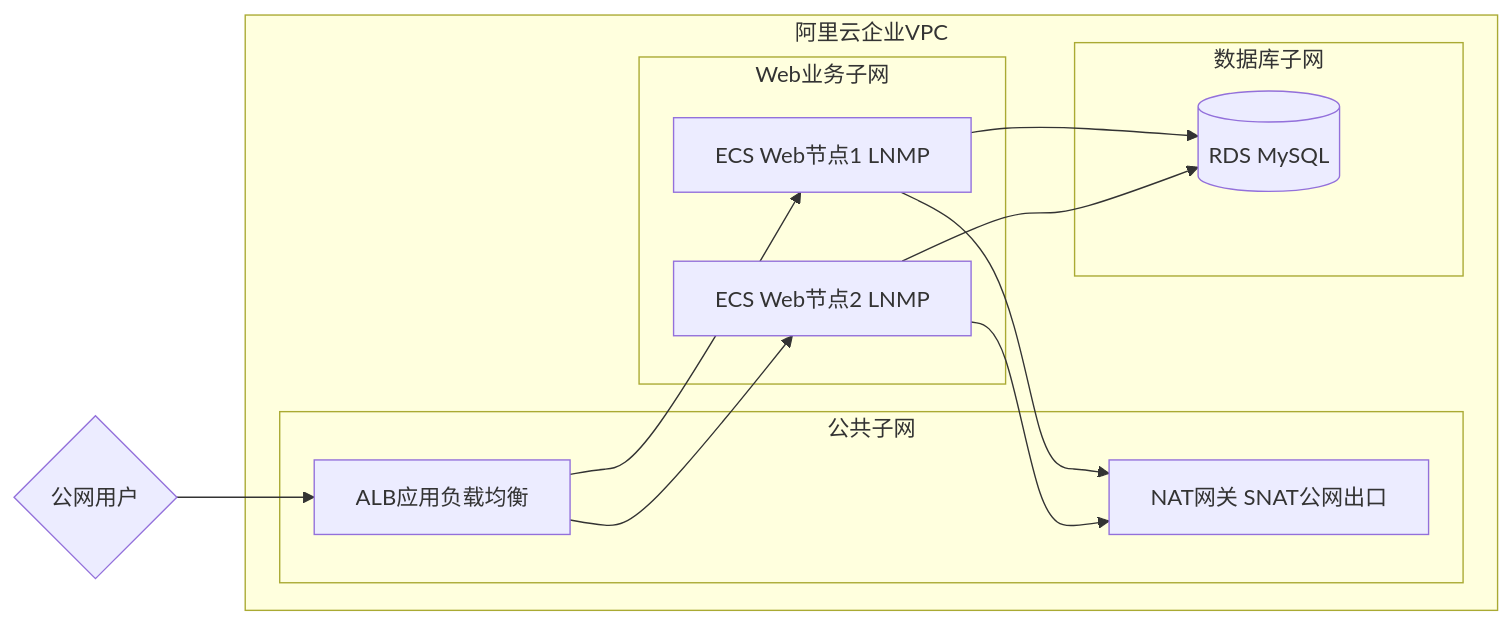
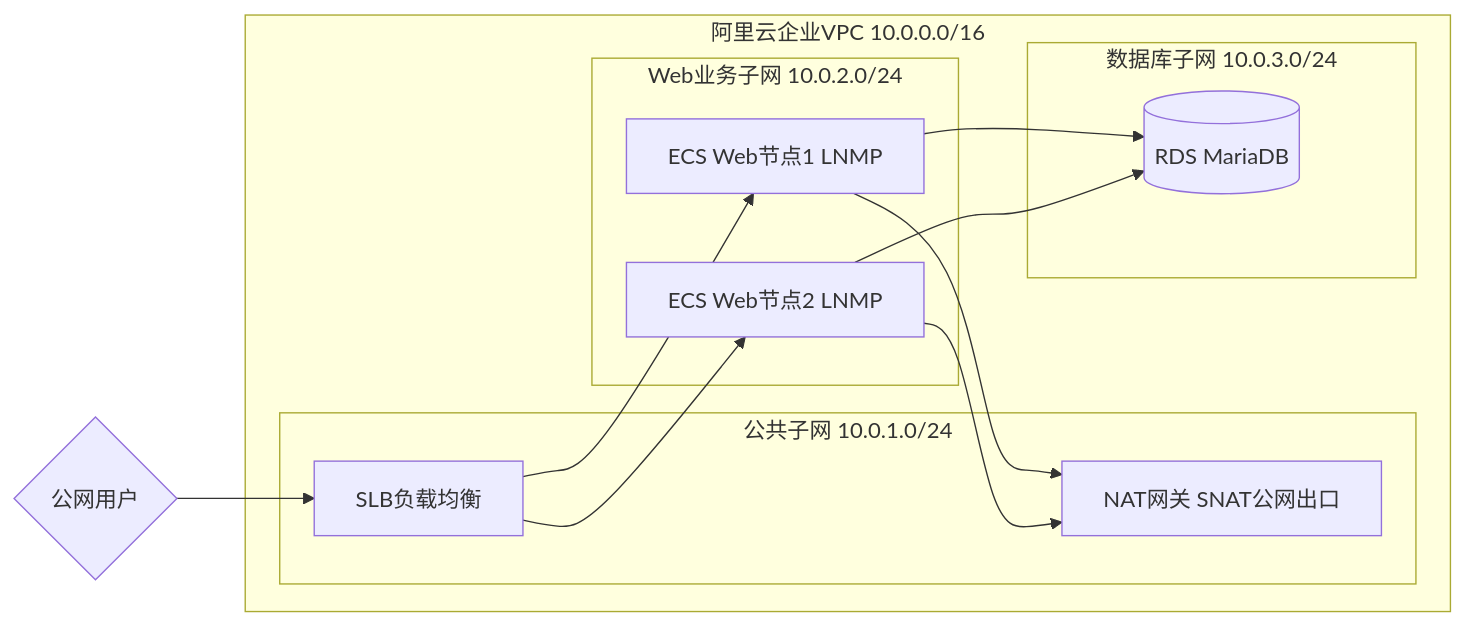
One commit to X4832/cloud-learning-notes- changed the first of 2 diagrams in README.md. Above: the diagram before and after it, drawn with Mermaid. The commit also changed other lines of this file, not shown here.

````diff
--- a/README.md
+++ b/README.md
@@ -71,27 +73,27 @@
 ```mermaid
 flowchart LR
-    Client{公网用户} --> ALB[ALB应用负载均衡]
+    Client{公网用户} --> SLB[SLB负载均衡]
 
-    subgraph 阿里云企业VPC
-        subgraph 公共子网
-            ALB
-            NAT[NAT网关 SNAT公网出口]
+    subgraph VPC["阿里云企业VPC 10.0.0.0/16"]
+        subgraph Pub["公共子网 10.0.1.0/24"]
+            SLB
+            NAT["NAT网关 SNAT公网出口"]
         end
 
-        subgraph Web业务子网
-            ECS1[ECS Web节点1 LNMP]
-            ECS2[ECS Web节点2 LNMP]
-            ALB --> ECS1
-            ALB --> ECS2
+        subgraph Web["Web业务子网 10.0.2.0/24"]
+            ECS1["ECS Web节点1 LNMP"]
+            ECS2["ECS Web节点2 LNMP"]
         end
 
-        subgraph 数据库子网
-            RDS[(RDS MySQL)]
+        subgraph DB["数据库子网 10.0.3.0/24"]
+            RDS[("RDS MariaDB")]
         end
+    end
 
-        ECS1 --> RDS
-        ECS2 --> RDS
-        ECS1 --> NAT
-        ECS2 --> NAT
-    end
+    SLB --> ECS1
+    SLB --> ECS2
+    ECS1 --> RDS
+    ECS2 --> RDS
+    ECS1 --> NAT
+    ECS2 --> NAT
 ```
````
